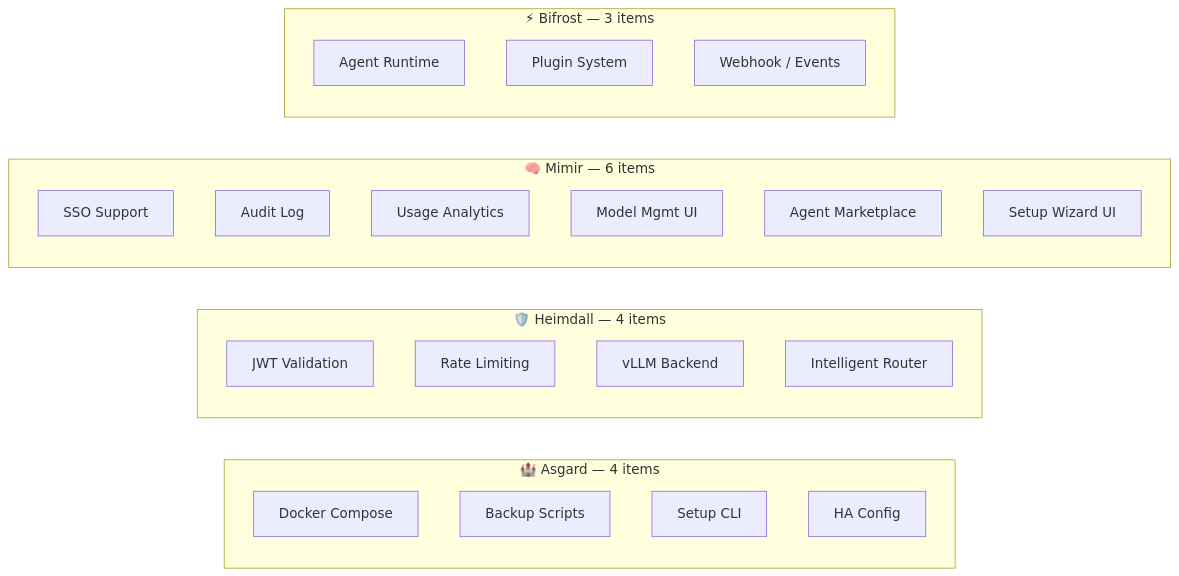
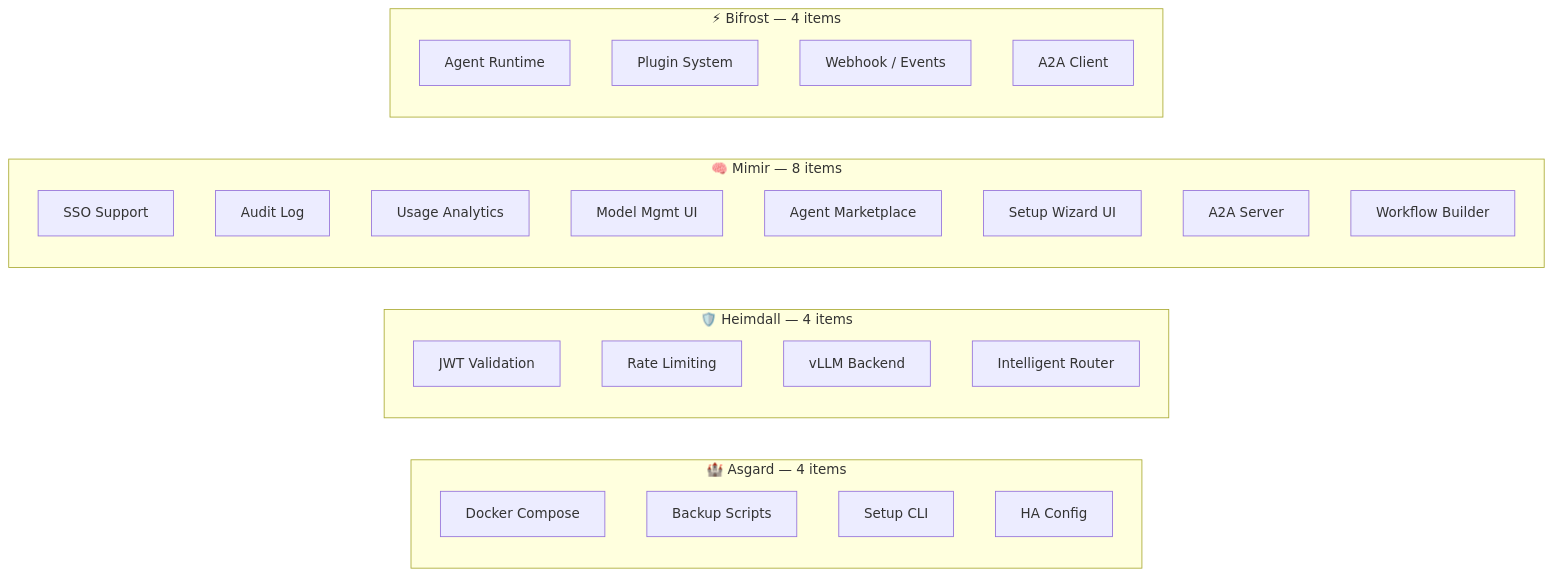
The diagram in docs/strategy/gap-mapping.md (MegaWiz-Dev-Team/Asgard), drawn with Mermaid before and after one commit. The commit also changed other lines of this file and 2 other files, not shown here.

First line of the commit message:
docs: add A2A protocol support to roadmap and gap mapping

````diff
--- a/docs/strategy/gap-mapping.md
+++ b/docs/strategy/gap-mapping.md
@@ -62,31 +81,34 @@
 ```mermaid
 graph LR
     subgraph asgard["🏰 Asgard — 4 items"]
         A1["Docker Compose"]
         A2["Backup Scripts"]
         A3["Setup CLI"]
         A4["HA Config"]
     end
 
     subgraph heimdall["🛡️ Heimdall — 4 items"]
         H1["JWT Validation"]
         H2["Rate Limiting"]
         H3["vLLM Backend"]
         H4["Intelligent Router"]
     end
 
-    subgraph mimir["🧠 Mimir — 6 items"]
+    subgraph mimir["🧠 Mimir — 8 items"]
         M1["SSO Support"]
         M2["Audit Log"]
         M3["Usage Analytics"]
         M4["Model Mgmt UI"]
         M5["Agent Marketplace"]
         M6["Setup Wizard UI"]
+        M7["A2A Server"]
+        M8["Workflow Builder"]
     end
 
-    subgraph bifrost["⚡ Bifrost — 3 items"]
+    subgraph bifrost["⚡ Bifrost — 4 items"]
         B1["Agent Runtime"]
         B2["Plugin System"]
         B3["Webhook / Events"]
+        B4["A2A Client"]
     end
 ```
````
